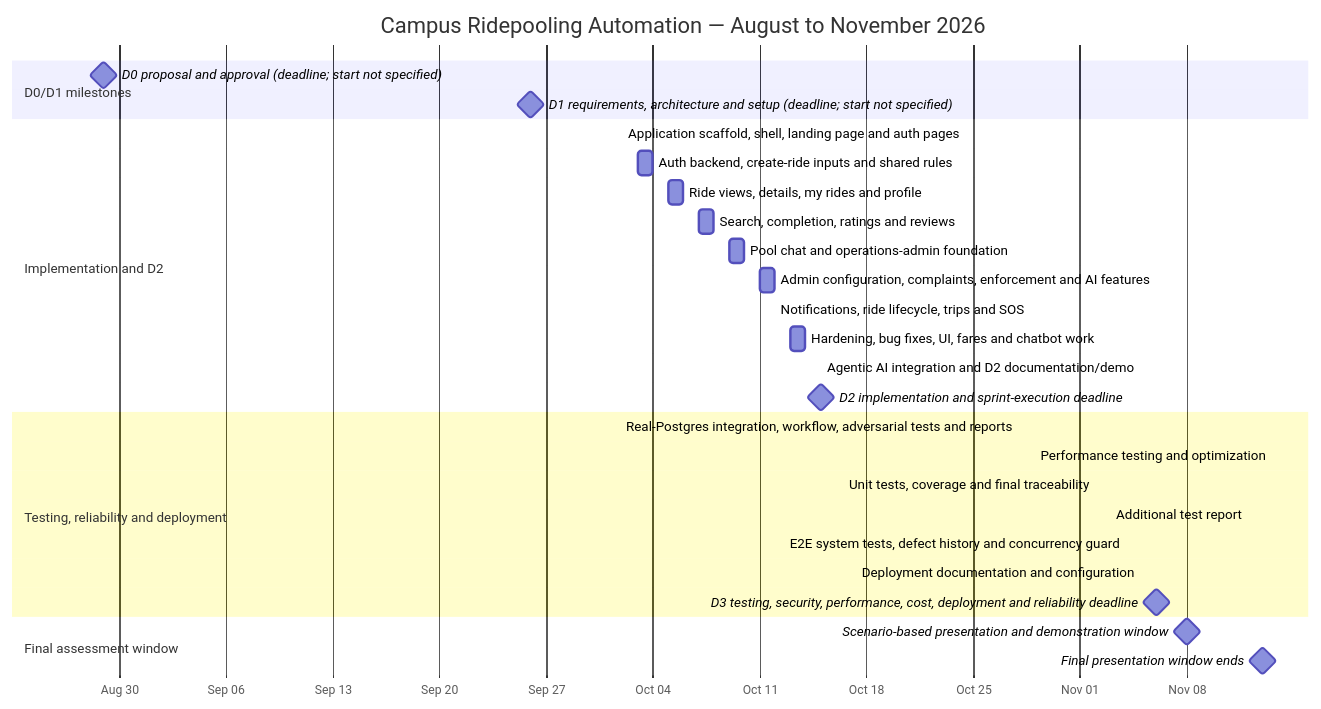
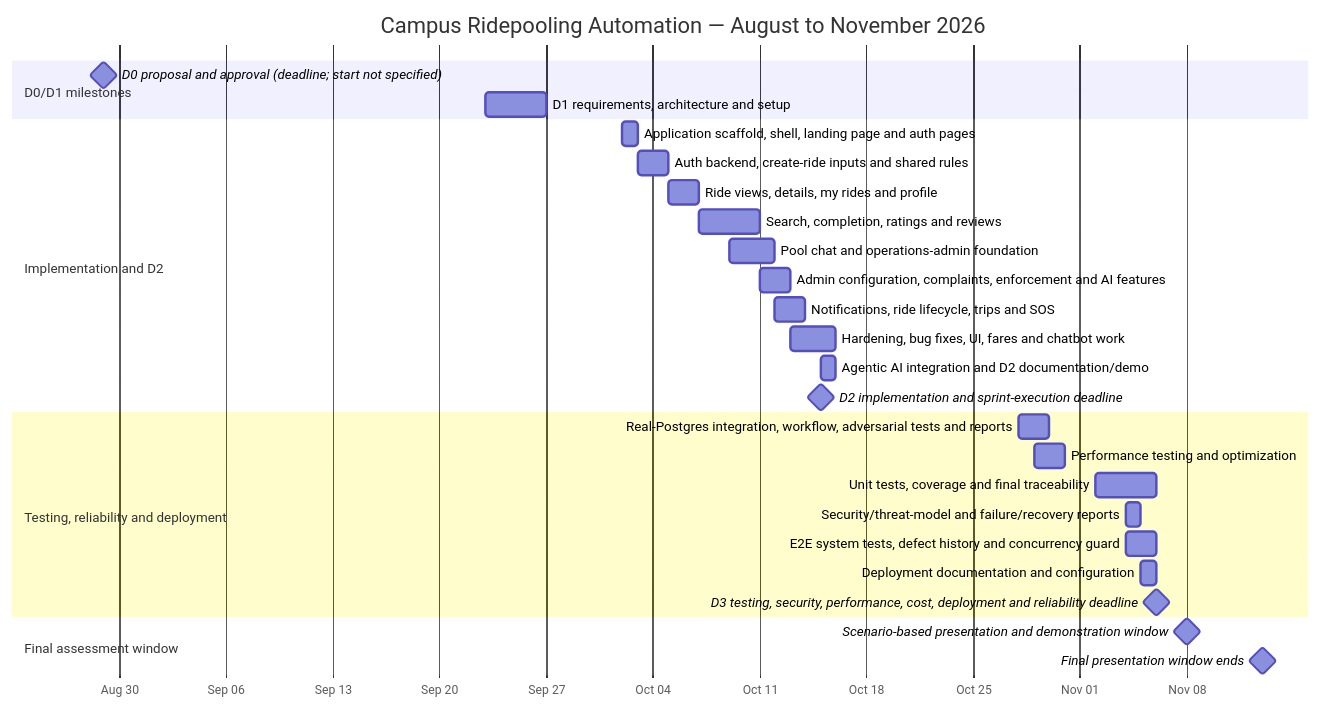
One commit to CS455-Carpooling/Campus_Ridepooling_Automation changed the diagram in Deliverables/D3/project-timeline-gantt.md. Above: the diagram before and after it, drawn with Mermaid. The commit also changed other lines of this file, not shown here.

Commit message:
docs: update timeline source

````diff
--- a/Deliverables/D3/project-timeline-gantt.md
+++ b/Deliverables/D3/project-timeline-gantt.md
@@ -9,36 +9,37 @@
 ```mermaid
 gantt
     title Campus Ridepooling Automation — August to November 2026
     dateFormat  YYYY-MM-DD
+    inclusiveEndDates
     axisFormat  %b %d
     todayMarker off
 
     section D0/D1 milestones
     D0 proposal and approval (deadline; start not specified) :milestone, d0, 2026-08-29, 0d
-    D1 requirements, architecture and setup (deadline; start not specified) :milestone, d1, 2026-09-26, 0d
+    D1 requirements, architecture and setup :d1, 2026-09-23, 2026-09-26
 
     section Implementation and D2
     Application scaffold, shell, landing page and auth pages :impl1, 2026-10-02, 2026-10-02
     Auth backend, create-ride inputs and shared rules :impl2, 2026-10-03, 2026-10-04
     Ride views, details, my rides and profile :impl3, 2026-10-05, 2026-10-06
-    Search, completion, ratings and reviews :impl4, 2026-10-07, 2026-10-08
-    Pool chat and operations-admin foundation :impl5, 2026-10-09, 2026-10-10
+    Search, completion, ratings and reviews :impl4, 2026-10-07, 2026-10-10
+    Pool chat and operations-admin foundation :impl5, 2026-10-09, 2026-10-11
     Admin configuration, complaints, enforcement and AI features :impl6, 2026-10-11, 2026-10-12
-    Notifications, ride lifecycle, trips and SOS :impl7, 2026-10-12, 2026-10-12
-    Hardening, bug fixes, UI, fares and chatbot work :impl8, 2026-10-13, 2026-10-14
+    Notifications, ride lifecycle, trips and SOS :impl7, 2026-10-12, 2026-10-13
+    Hardening, bug fixes, UI, fares and chatbot work :impl8, 2026-10-13, 2026-10-15
     Agentic AI integration and D2 documentation/demo :impl9, 2026-10-15, 2026-10-15
     D2 implementation and sprint-execution deadline :milestone, d2, 2026-10-15, 0d
 
     section Testing, reliability and deployment
-    Real-Postgres integration, workflow, adversarial tests and reports :test1, 2026-10-28, 2026-10-28
-    Performance testing and optimization :test2, 2026-10-29, 2026-10-29
-    Unit tests, coverage and final traceability :test3, 2026-11-02, 2026-11-02
-    Additional test report :test4, 2026-11-03, 2026-11-03
-    E2E system tests, defect history and concurrency guard :test5, 2026-11-04, 2026-11-04
+    Real-Postgres integration, workflow, adversarial tests and reports :test1, 2026-10-28, 2026-10-29
+    Performance testing and optimization :test2, 2026-10-29, 2026-10-30
+    Unit tests, coverage and final traceability :test3, 2026-11-02, 2026-11-05
+    Security/threat-model and failure/recovery reports :test4, 2026-11-04, 2026-11-04
+    E2E system tests, defect history and concurrency guard :test5, 2026-11-04, 2026-11-05
     Deployment documentation and configuration :test6, 2026-11-05, 2026-11-05
     D3 testing, security, performance, cost, deployment and reliability deadline :milestone, d3, 2026-11-06, 0d
 
     section Final assessment window
     Scenario-based presentation and demonstration window :milestone, demo, 2026-11-08, 0d
     Final presentation window ends :milestone, demoend, 2026-11-13, 0d
 ```
````
